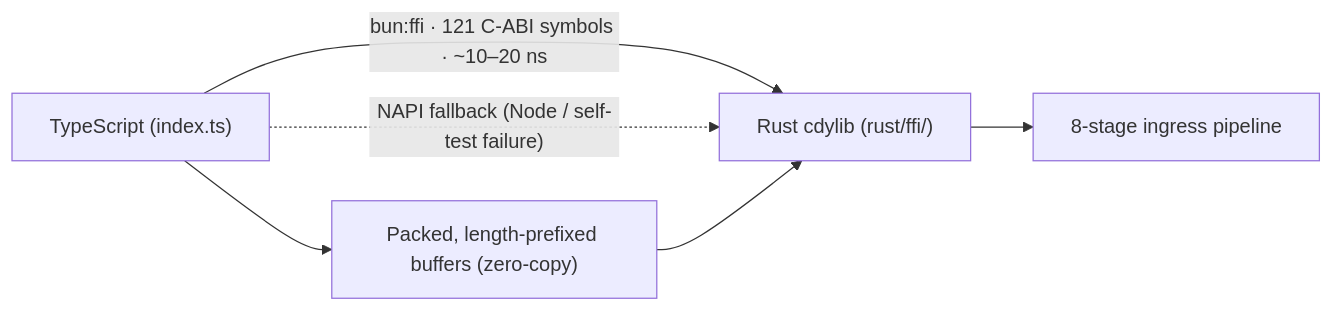
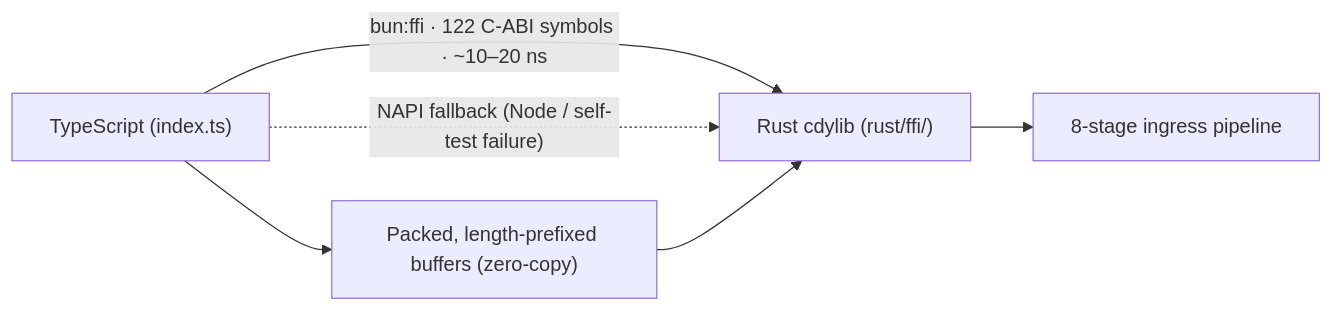
One commit to Axylabs/castrum changed the diagram in docs/CASE_STUDY.md. Above: the diagram before and after it, drawn with Mermaid. The commit also changed other lines of this file and 47 other files, not shown here.

````diff
--- a/docs/CASE_STUDY.md
+++ b/docs/CASE_STUDY.md
@@ -59,8 +59,8 @@
 ```mermaid
 flowchart LR
-    TS["TypeScript (index.ts)"] -->|"bun:ffi · 121 C-ABI symbols · ~10–20 ns"| RUST["Rust cdylib (rust/ffi/)"]
+    TS["TypeScript (index.ts)"] -->|"bun:ffi · 122 C-ABI symbols · ~10–20 ns"| RUST["Rust cdylib (rust/ffi/)"]
     TS -.->|"NAPI fallback (Node / self-test failure)"| RUST
     RUST --> PIPELINE["8-stage ingress pipeline"]
     TS --> PACKED["Packed, length-prefixed buffers (zero-copy)"]
     PACKED --> RUST
 ```
````
